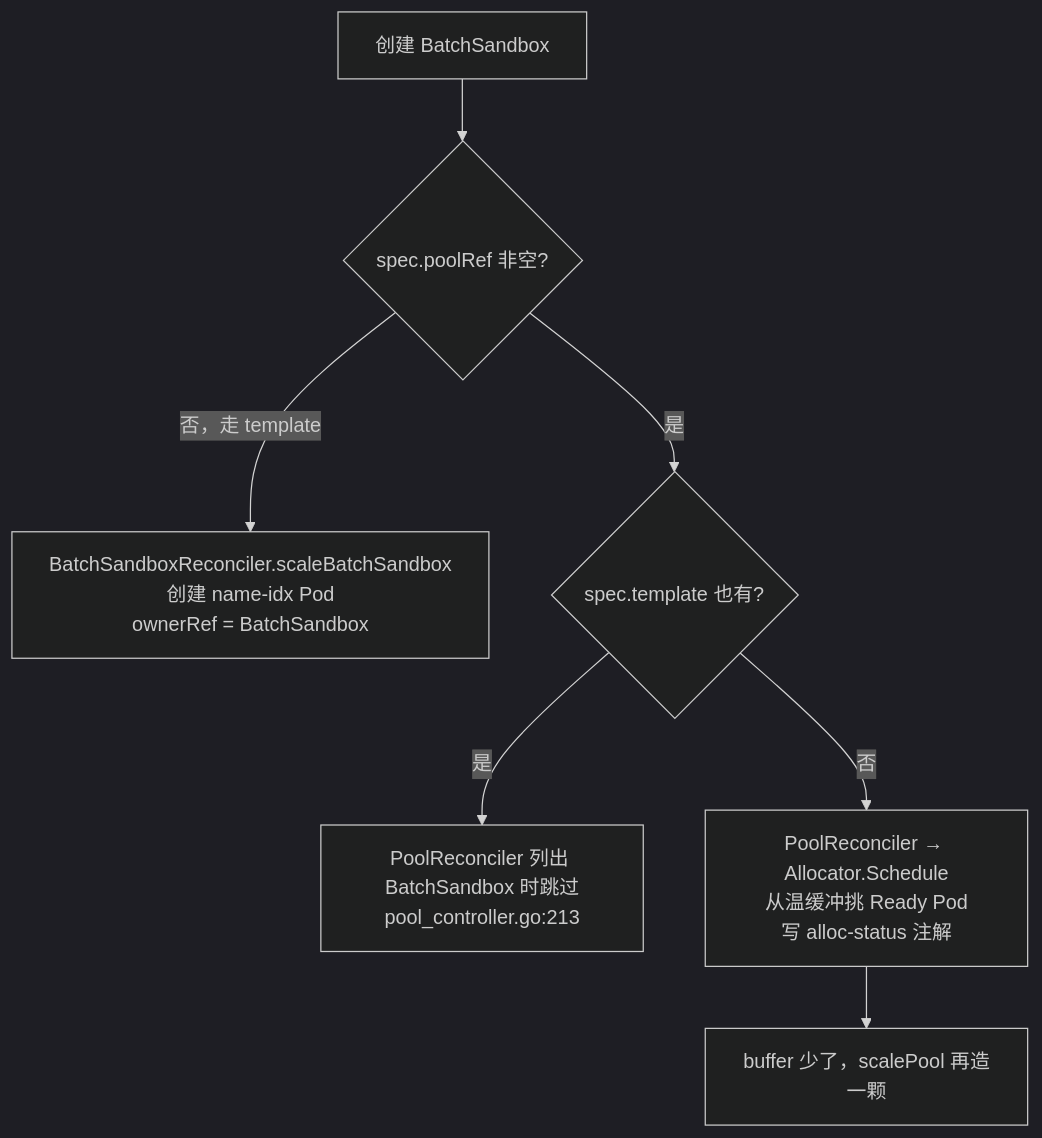
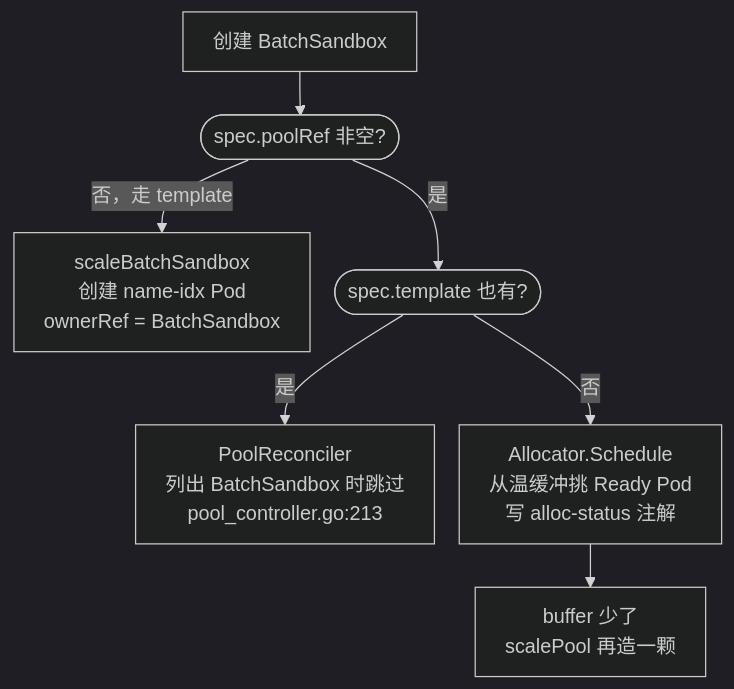
One commit to forrestIsRunning/kind-k8s-learning changed the fourth of 7 diagrams in docs/opensandbox-operator.md. Above: the diagram before and after it, drawn with Mermaid (dark theme). The commit also changed other lines of this file and 2 other files, not shown here.

Commit message:
Stop mermaid diagrams from clipping labels and bottoms.

````diff
--- a/docs/opensandbox-operator.md
+++ b/docs/opensandbox-operator.md
@@ -162,10 +192,20 @@
 ```mermaid
+---
+config:
+  flowchart:
+    htmlLabels: true
+    wrappingWidth: 200
+    padding: 12
+    useMaxWidth: false
+    rankSpacing: 35
+    nodeSpacing: 20
+---
 flowchart TD
   CREATE["创建 BatchSandbox"]
-  CREATE --> Q{"spec.poolRef 非空?"}
-  Q -->|否，走 template| T["BatchSandboxReconciler.scaleBatchSandbox<br/>创建 name-idx Pod<br/>ownerRef = BatchSandbox"]
-  Q -->|是| P{"spec.template 也有?"}
-  P -->|是| SKIP["PoolReconciler 列出 BatchSandbox 时跳过<br/>pool_controller.go:213"]
-  P -->|否| ALLOC["PoolReconciler → Allocator.Schedule<br/>从温缓冲挑 Ready Pod<br/>写 alloc-status 注解"]
-  ALLOC --> BUF["buffer 少了，scalePool 再造一颗"]
+  CREATE --> Q(["spec.poolRef 非空?"])
+  Q -->|否，走 template| T["scaleBatchSandbox<br/>创建 name-idx Pod<br/>ownerRef = BatchSandbox"]
+  Q -->|是| P(["spec.template 也有?"])
+  P -->|是| SKIP["PoolReconciler<br/>列出 BatchSandbox 时跳过<br/>pool_controller.go:213"]
+  P -->|否| ALLOC["Allocator.Schedule<br/>从温缓冲挑 Ready Pod<br/>写 alloc-status 注解"]
+  ALLOC --> BUF["buffer 少了<br/>scalePool 再造一颗"]
 ```
````
